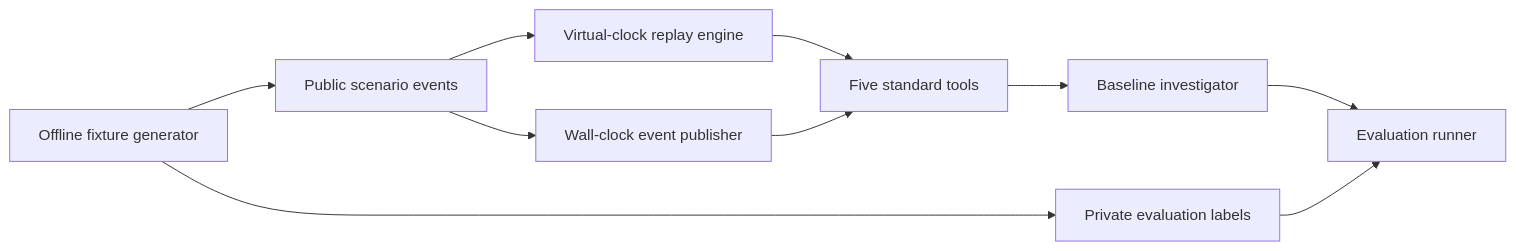
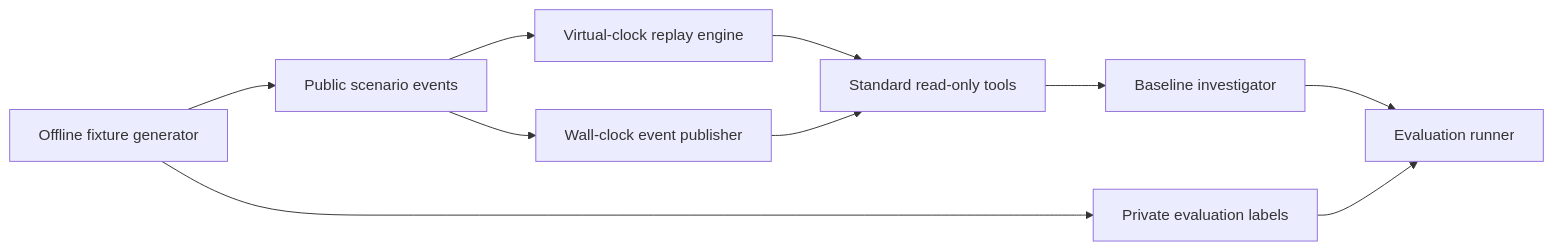
One commit to karitselmuthu/Enterprise-Agent-Engineering-Evaluation changed the diagram in docs/simulation.md. Above: the diagram before and after it, drawn with Mermaid. The commit also changed other lines of this file and 22 other files, not shown here.

````diff
--- a/docs/simulation.md
+++ b/docs/simulation.md
@@ -7,12 +7,12 @@
 ```mermaid
 flowchart LR
     Generator[Offline fixture generator] --> Public[Public scenario events]
     Generator --> Truth[Private evaluation labels]
     Public --> Replay[Virtual-clock replay engine]
     Public --> Live[Wall-clock event publisher]
-    Replay --> Tools[Five standard tools]
+    Replay --> Tools[Standard read-only tools]
     Live --> Tools
     Tools --> Agent[Baseline investigator]
     Agent --> Evaluation[Evaluation runner]
     Truth --> Evaluation
 ```
````
